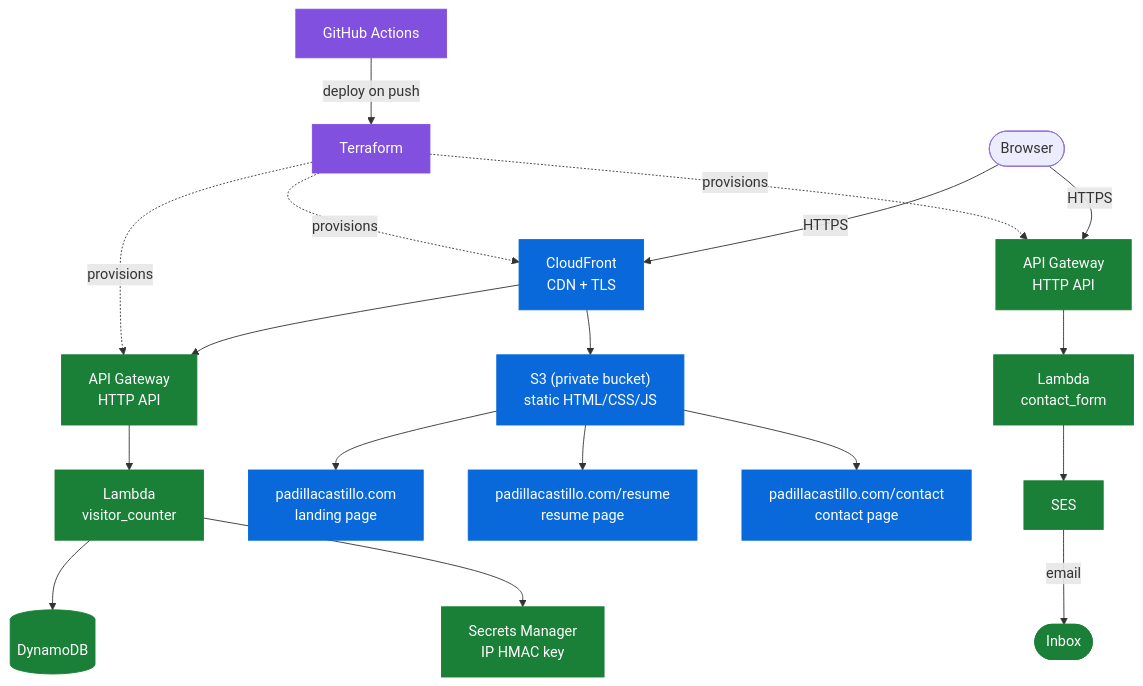
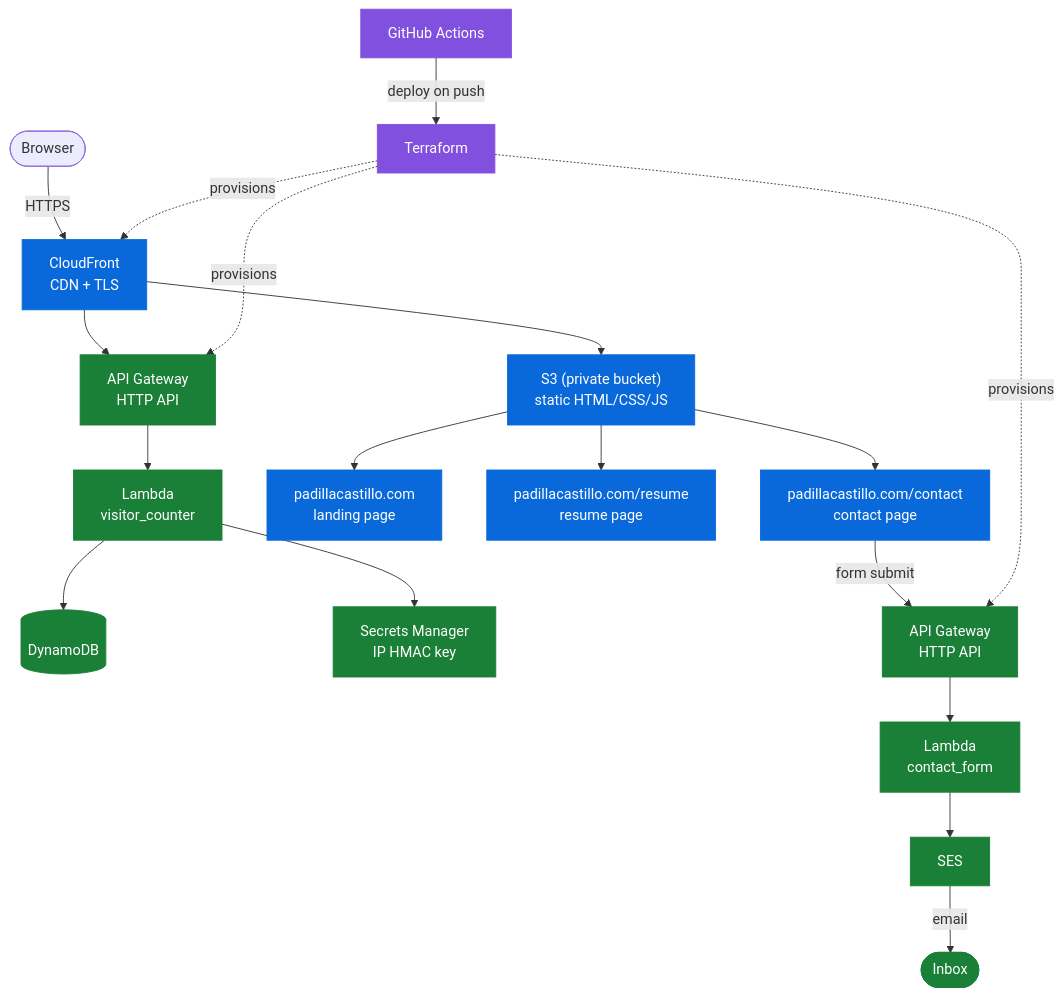
One commit to padillacastillo/padillacastillo changed the diagram in README.md. Above: the diagram before and after it, drawn with Mermaid. The commit also changed 2 other files, not shown here.

Commit message:
add github actions pipeline

````diff
--- a/README.md
+++ b/README.md
@@ -7,30 +7,30 @@
 ```mermaid
 flowchart TD
     Browser(["Browser"]) -->|HTTPS| CF["CloudFront<br/>CDN + TLS"]
     CF --> S3["S3 (private bucket)<br/>static HTML/CSS/JS"]
     CF --> APIGW["API Gateway<br/>HTTP API"]
     APIGW --> LAM["Lambda<br/>visitor_counter"]
     LAM --> DDB[("DynamoDB")]
     LAM --> SECMGR["Secrets Manager<br/>IP HMAC key"]
     S3 --> LP["padillacastillo.com<br/>landing page"]
     S3 --> RP["padillacastillo.com/resume<br/>resume page"]
     S3 --> CP["padillacastillo.com/contact<br/>contact page"]
 
-    Browser -->|HTTPS| CFAPIGW["API Gateway<br/>HTTP API"]
+    CP -->|form submit| CFAPIGW["API Gateway<br/>HTTP API"]
     CFAPIGW --> CFLAM["Lambda<br/>contact_form"]
     CFLAM --> SES["SES"]
     SES -->|email| Inbox(["Inbox"])
 
     GHA["GitHub Actions"] -->|deploy on push| TF["Terraform"]
     TF -.->|provisions| CF
     TF -.->|provisions| APIGW
     TF -.->|provisions| CFAPIGW
 
     classDef delivery fill:#0969da,stroke:#0969da,color:#fff
     classDef backend fill:#1a7f37,stroke:#1a7f37,color:#fff
     classDef pipeline fill:#8250df,stroke:#8250df,color:#fff
 
     class CF,S3,LP,RP,CP delivery
     class APIGW,LAM,DDB,SECMGR,CFAPIGW,CFLAM,SES,Inbox backend
     class GHA,TF pipeline
 ```
````
